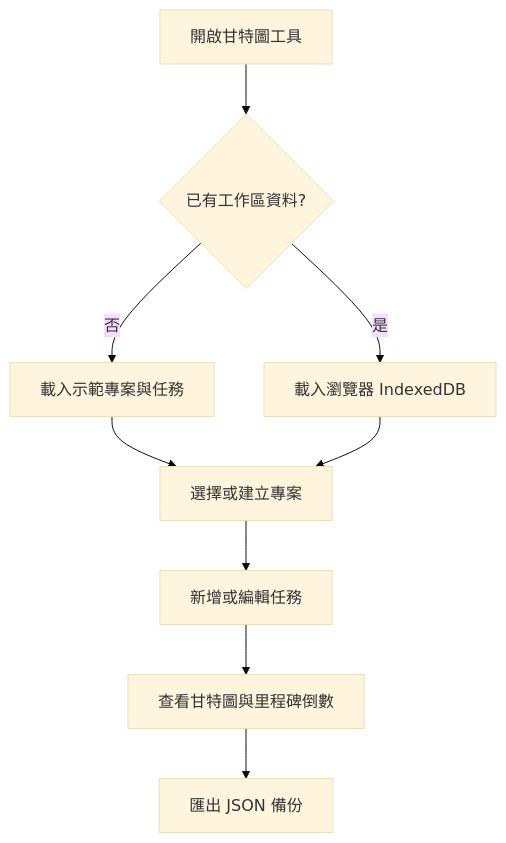
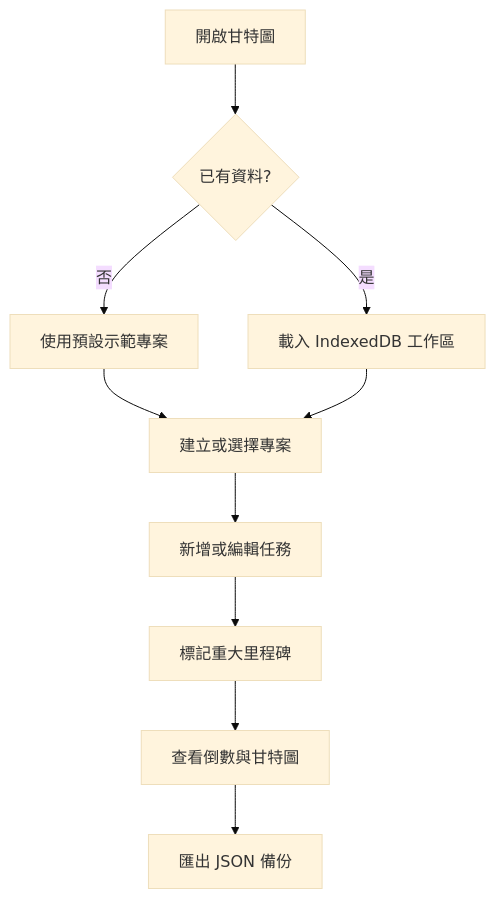
One commit to DunkLiao/my-spa-tools changed the third of 4 diagrams in README.md. Above: the diagram before and after it, drawn with Mermaid (base theme). The commit also changed other lines of this file and 8 other files, not shown here.

````diff
--- a/README.md
+++ b/README.md
@@ -91,11 +124,12 @@
 ```mermaid
 flowchart TD
-    A[開啟甘特圖工具] --> B{已有工作區資料?}
-    B -- 否 --> C[載入示範專案與任務]
-    B -- 是 --> D[載入瀏覽器 IndexedDB]
-    C --> E[選擇或建立專案]
+    A[開啟甘特圖] --> B{已有資料?}
+    B -->|否| C[使用預設示範專案]
+    B -->|是| D[載入 IndexedDB 工作區]
+    C --> E[建立或選擇專案]
     D --> E
     E --> F[新增或編輯任務]
-    F --> G[查看甘特圖與里程碑倒數]
-    G --> H[匯出 JSON 備份]
+    F --> G[標記重大里程碑]
+    G --> H[查看倒數與甘特圖]
+    H --> I[匯出 JSON 備份]
 ```
````
